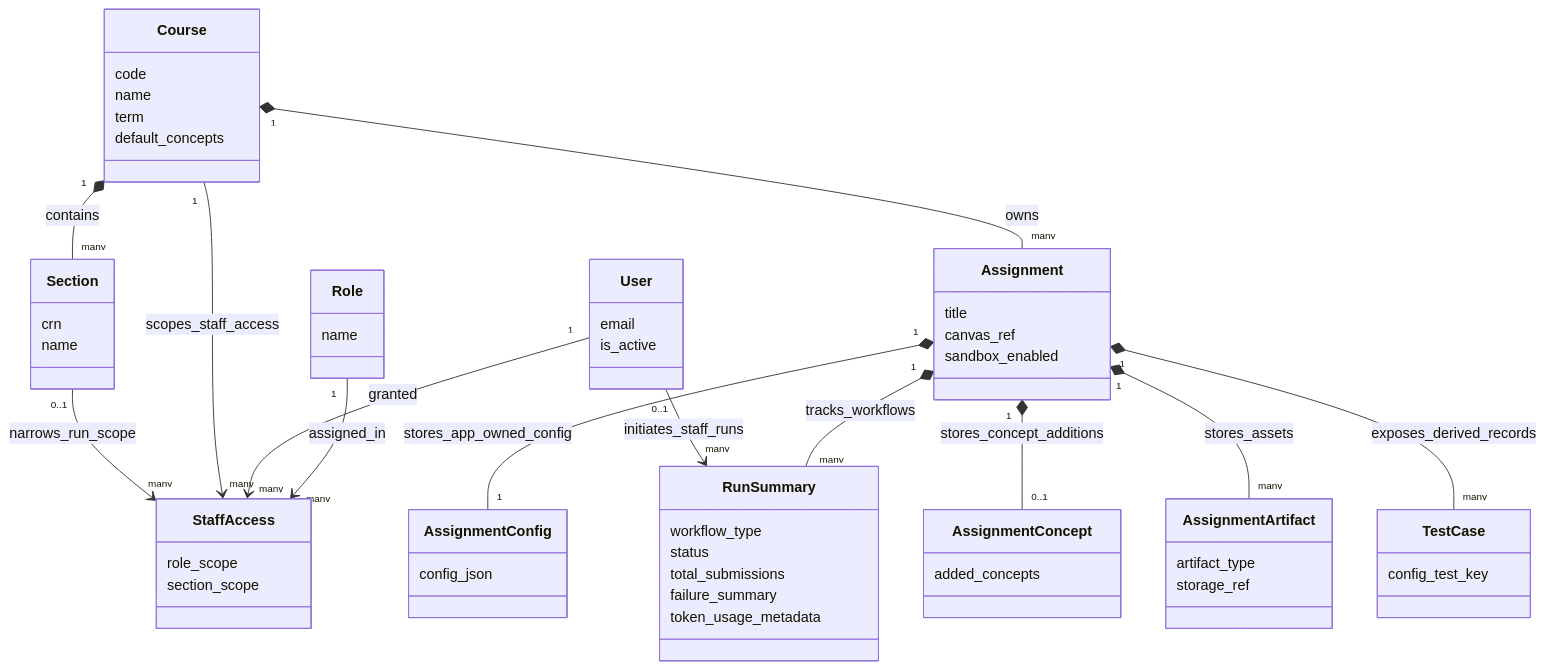
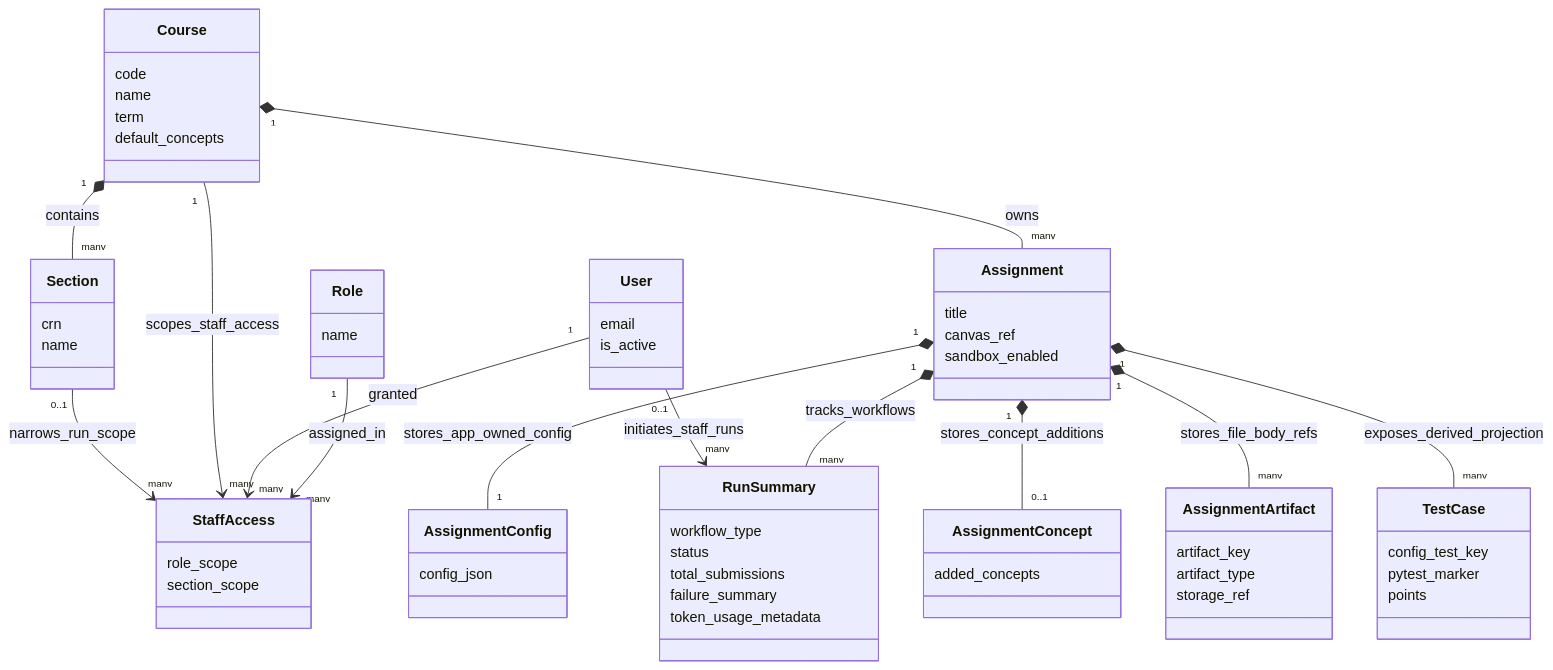
The diagram in docs/backend_implementation/diagrams/db_diagram.md (UVU-Autograder/autograder_v1), drawn with Mermaid before and after one commit. The commit also changed 63 other files, not shown here.

````diff
--- a/docs/backend_implementation/diagrams/db_diagram.md
+++ b/docs/backend_implementation/diagrams/db_diagram.md
@@ -3,74 +3,77 @@
 ```mermaid
 classDiagram
     direction TB
 
     class User {
         email
         is_active
     }
 
     class Role {
         name
     }
 
     class Course {
         code
         name
         term
         default_concepts
     }
 
     class Section {
         crn
         name
     }
 
     class StaffAccess {
         role_scope
         section_scope
     }
 
     class Assignment {
         title
         canvas_ref
         sandbox_enabled
     }
 
     class AssignmentConfig {
         config_json
     }
 
     class AssignmentConcept {
         added_concepts
     }
 
     class AssignmentArtifact {
+        artifact_key
         artifact_type
         storage_ref
     }
 
     class TestCase {
         config_test_key
+        pytest_marker
+        points
     }
 
     class RunSummary {
         workflow_type
         status
         total_submissions
         failure_summary
         token_usage_metadata
     }
 
     Role "1" --> "many" StaffAccess : assigned_in
     User "1" --> "many" StaffAccess : granted
     Course "1" *-- "many" Section : contains
     Course "1" --> "many" StaffAccess : scopes_staff_access
     Section "0..1" --> "many" StaffAccess : narrows_run_scope
     Course "1" *-- "many" Assignment : owns
     Assignment "1" *-- "1" AssignmentConfig : stores_app_owned_config
     Assignment "1" *-- "0..1" AssignmentConcept : stores_concept_additions
-    Assignment "1" *-- "many" AssignmentArtifact : stores_assets
-    Assignment "1" *-- "many" TestCase : exposes_derived_records
+    Assignment "1" *-- "many" AssignmentArtifact : stores_file_body_refs
+    Assignment "1" *-- "many" TestCase : exposes_derived_projection
     Assignment "1" *-- "many" RunSummary : tracks_workflows
     User "0..1" --> "many" RunSummary : initiates_staff_runs
 ```
````
